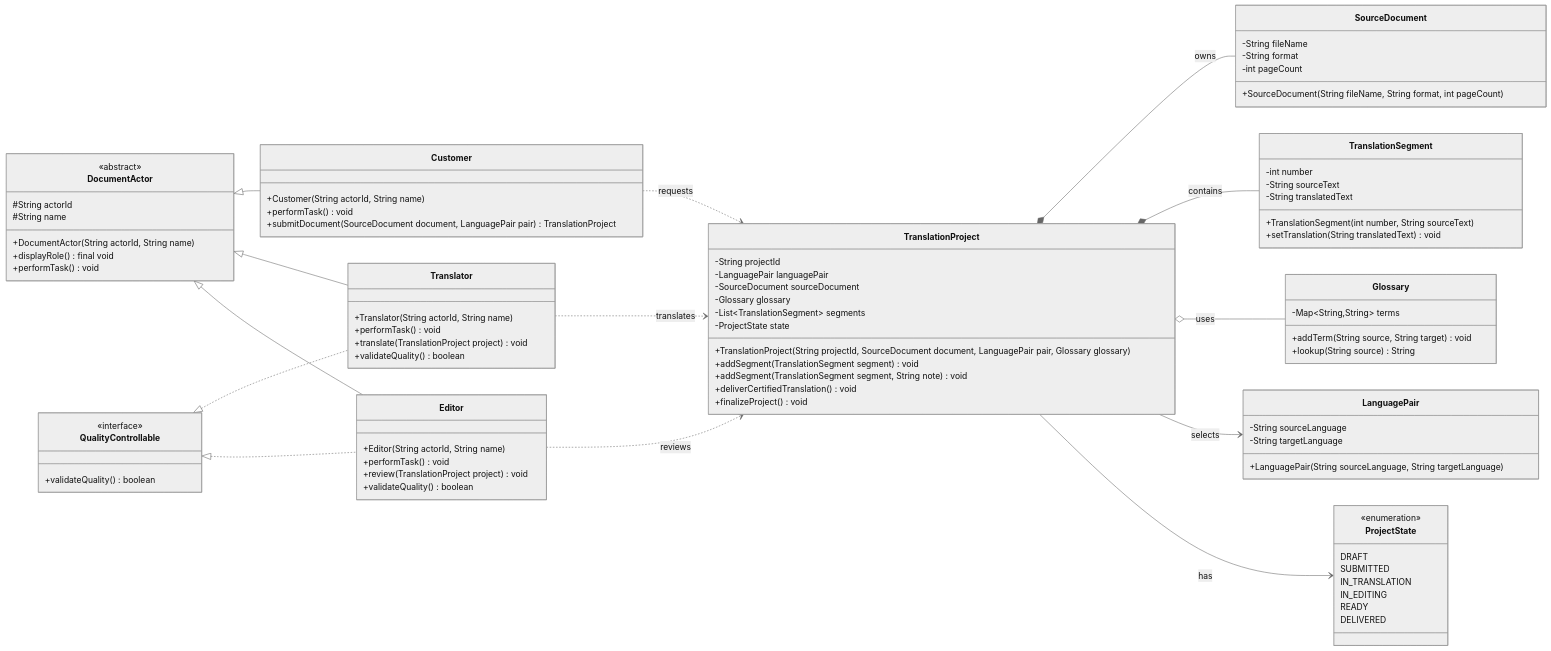
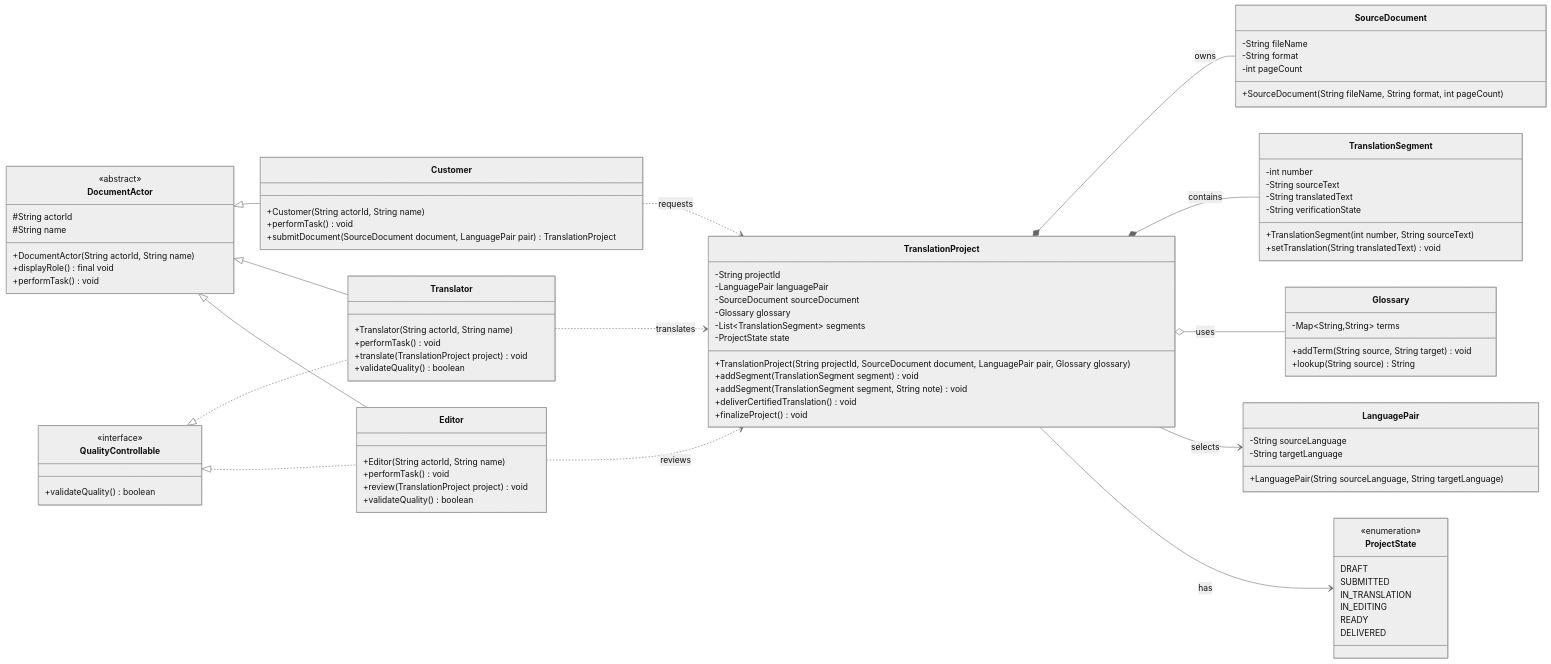
One commit to tetoraillia/translationservice changed the diagram in docs/class.mmd. Above: the diagram before and after it, drawn with Mermaid (neutral theme). The commit also changed 4 other files, not shown here.

```diff
--- a/docs/class.mmd
+++ b/docs/class.mmd
@@ -1,103 +1,104 @@
 classDiagram
 direction LR
 
 class DocumentActor {
   <<abstract>>
   #String actorId
   #String name
   +DocumentActor(String actorId, String name)
   +displayRole() final void
   +performTask() void
 }
 
 class Customer {
   +Customer(String actorId, String name)
   +performTask() void
   +submitDocument(SourceDocument document, LanguagePair pair) TranslationProject
 }
 
 class Translator {
   +Translator(String actorId, String name)
   +performTask() void
   +translate(TranslationProject project) void
   +validateQuality() boolean
 }
 
 class Editor {
   +Editor(String actorId, String name)
   +performTask() void
   +review(TranslationProject project) void
   +validateQuality() boolean
 }
 
 class QualityControllable {
   <<interface>>
   +validateQuality() boolean
 }
 
 class TranslationProject {
   -String projectId
   -LanguagePair languagePair
   -SourceDocument sourceDocument
   -Glossary glossary
   -List~TranslationSegment~ segments
   -ProjectState state
   +TranslationProject(String projectId, SourceDocument document, LanguagePair pair, Glossary glossary)
   +addSegment(TranslationSegment segment) void
   +addSegment(TranslationSegment segment, String note) void
   +deliverCertifiedTranslation() void
   +finalizeProject() void
 }
 
 class SourceDocument {
   -String fileName
   -String format
   -int pageCount
   +SourceDocument(String fileName, String format, int pageCount)
 }
 
 class LanguagePair {
   -String sourceLanguage
   -String targetLanguage
   +LanguagePair(String sourceLanguage, String targetLanguage)
 }
 
 class Glossary {
   -Map~String,String~ terms
   +addTerm(String source, String target) void
   +lookup(String source) String
 }
 
 class TranslationSegment {
   -int number
   -String sourceText
   -String translatedText
+  -String verificationState
   +TranslationSegment(int number, String sourceText)
   +setTranslation(String translatedText) void
 }
 
 class ProjectState {
   <<enumeration>>
   DRAFT
   SUBMITTED
   IN_TRANSLATION
   IN_EDITING
   READY
   DELIVERED
 }
 
 DocumentActor <|-- Customer
 DocumentActor <|-- Translator
 DocumentActor <|-- Editor
 QualityControllable <|.. Translator
 QualityControllable <|.. Editor
 TranslationProject *-- SourceDocument : owns
 TranslationProject *-- TranslationSegment : contains
 TranslationProject o-- Glossary : uses
 TranslationProject --> LanguagePair : selects
 TranslationProject --> ProjectState : has
 Translator ..> TranslationProject : translates
 Editor ..> TranslationProject : reviews
 Customer ..> TranslationProject : requests
 
 %% displayRole() is final in the Java design; performTask() is overridden by each concrete actor.
```
